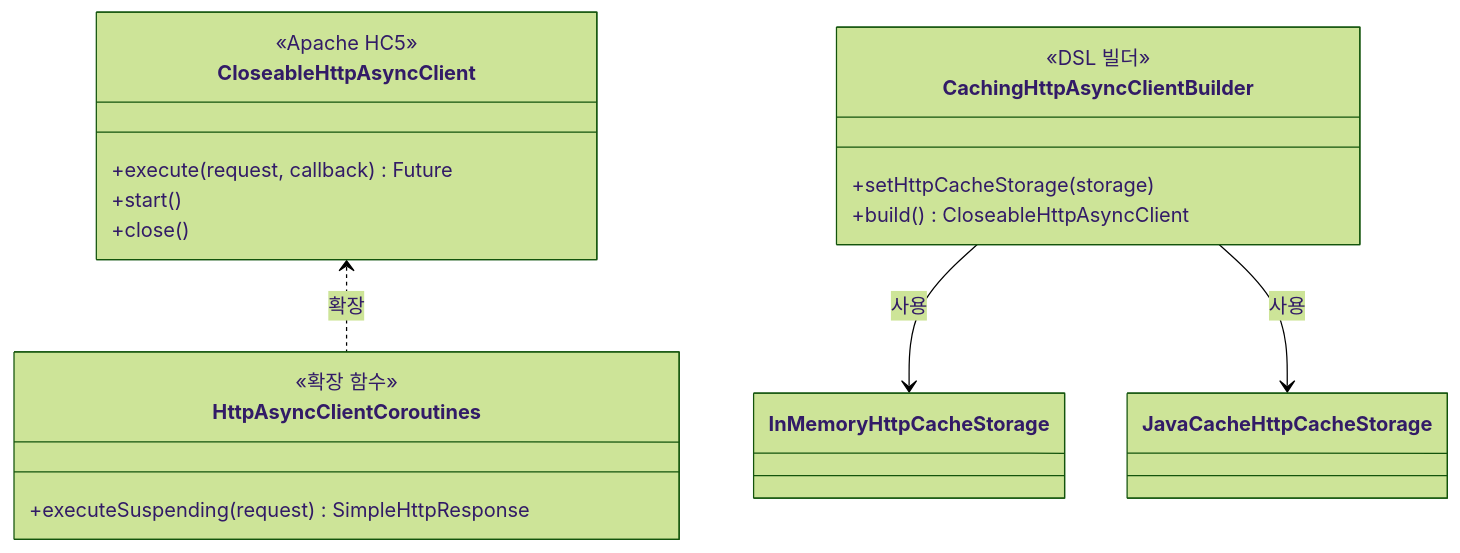
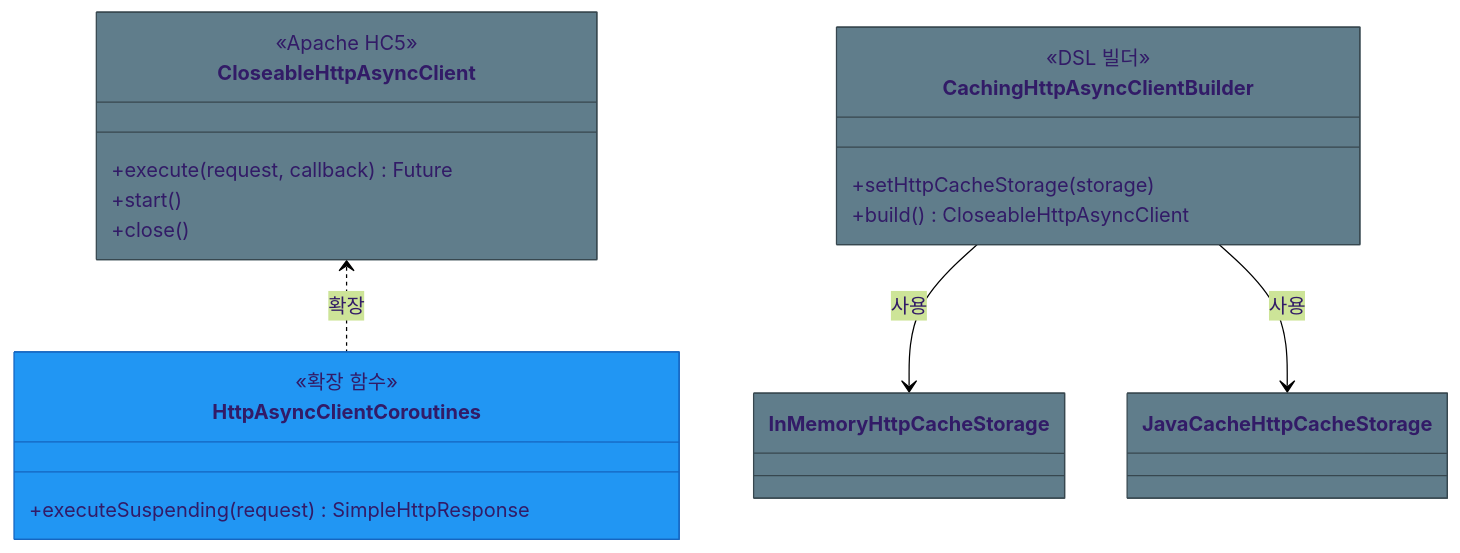
One commit to bluetape4k/bluetape4k-projects changed the first of 3 diagrams in io/http/README.md. Above: the diagram before and after it, drawn with Mermaid (forest theme). The commit also changed other lines of this file and 74 other files, not shown here.

First line of the commit message:
docs: bluetape4k/core/coroutines/logging, io/feign~vertx README 색상 Mermaid UML 추가

````diff
--- a/io/http/README.md
+++ b/io/http/README.md
@@ -183,27 +183,30 @@
 ```mermaid
 classDiagram
-    class CloseableHttpAsyncClient {
+    class CloseableHttpAsyncClient:::infraStyle {
         <<Apache HC5>>
         +execute(request, callback) Future
         +start()
         +close()
     }
 
-    class HttpAsyncClientCoroutines {
+    class HttpAsyncClientCoroutines:::clientStyle {
         <<확장 함수>>
         +executeSuspending(request) SimpleHttpResponse
     }
 
-    class CachingHttpAsyncClientBuilder {
+    class CachingHttpAsyncClientBuilder:::infraStyle {
         <<DSL 빌더>>
         +setHttpCacheStorage(storage)
         +build() CloseableHttpAsyncClient
     }
 
-    class InMemoryHttpCacheStorage
-    class JavaCacheHttpCacheStorage
+    class InMemoryHttpCacheStorage:::infraStyle
+    class JavaCacheHttpCacheStorage:::infraStyle
 
     CachingHttpAsyncClientBuilder --> InMemoryHttpCacheStorage : 사용
     CachingHttpAsyncClientBuilder --> JavaCacheHttpCacheStorage : 사용
     CloseableHttpAsyncClient <.. HttpAsyncClientCoroutines : 확장
+
+    classDef clientStyle fill:#2196F3,stroke:#1565C0
+    classDef infraStyle  fill:#607D8B,stroke:#37474F
 ```
````
